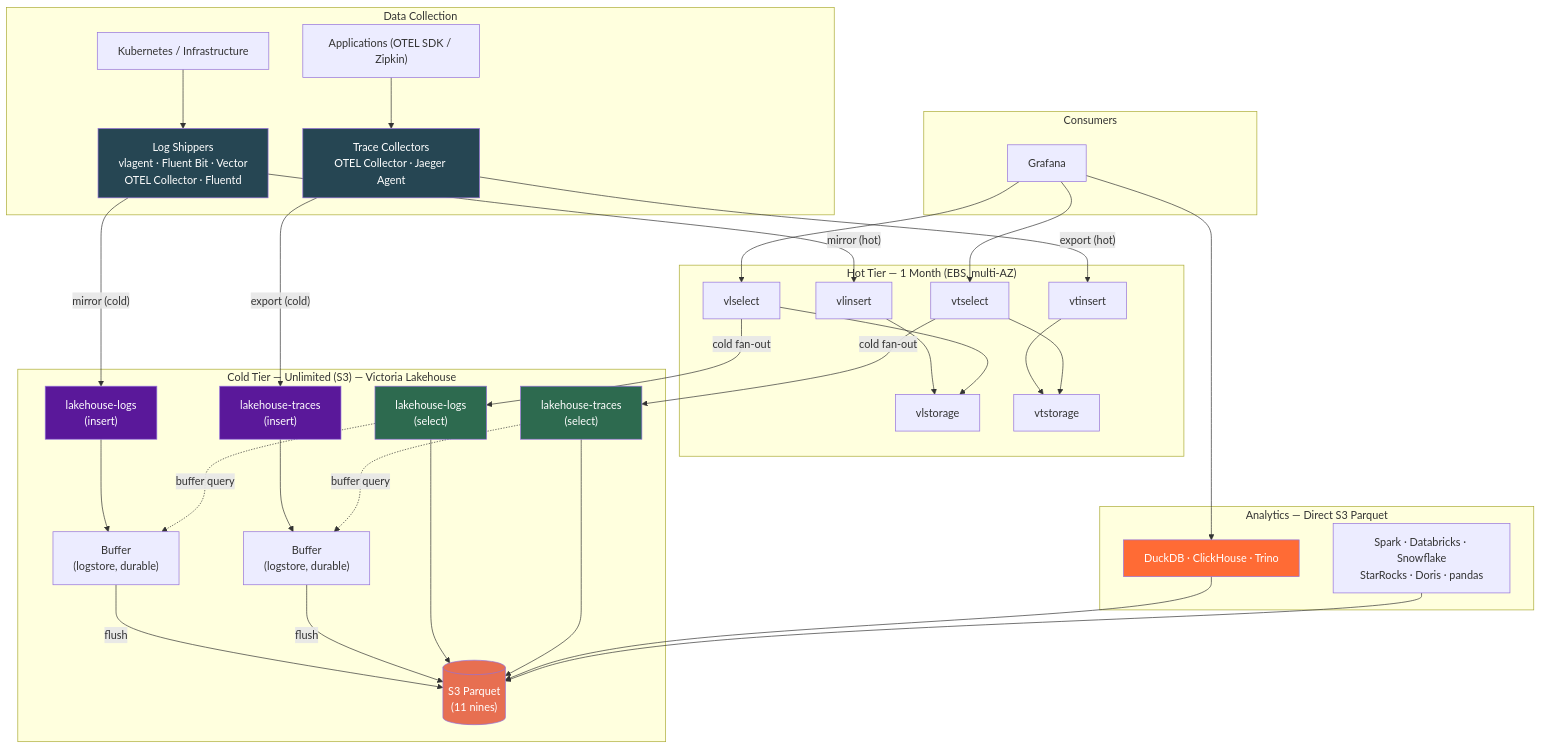
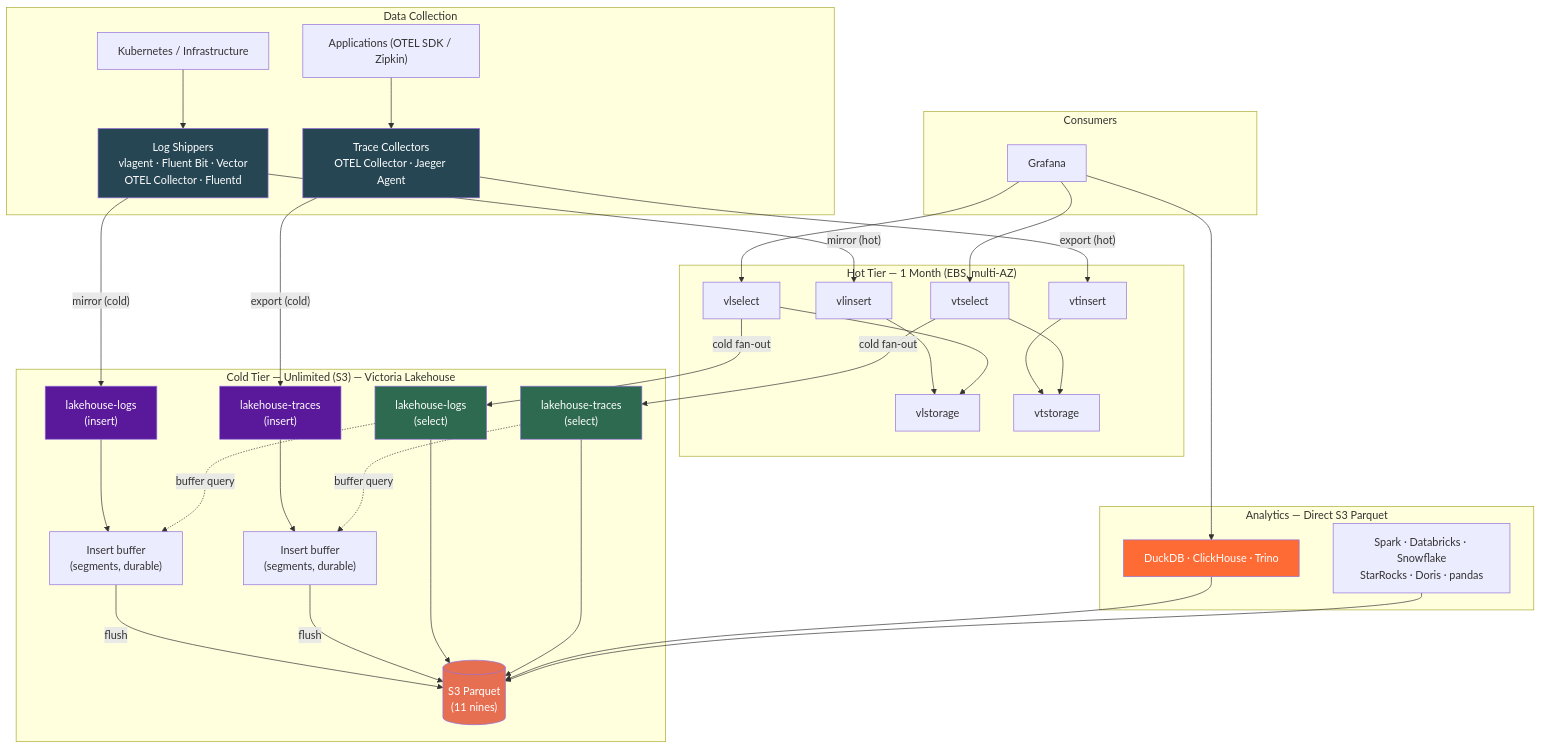
Before and after one commit to ReliablyObserve/victoria-lakehouse: the first of 10 diagrams in README.md, drawn with Mermaid. The commit also changed other lines of this file and 6 other files, not shown here.

Commit message:
conformance: re-point the durability and restart-visibility refs at the segment tests; changelog for the durable insert buffer

````diff
--- a/README.md
+++ b/README.md
@@ -286,56 +286,56 @@
 ```mermaid
 graph TB
     subgraph "Data Collection"
         K8S["Kubernetes / Infrastructure"]
         LOG["Log Shippers<br/>vlagent · Fluent Bit · Vector<br/>OTEL Collector · Fluentd"]
         APP["Applications (OTEL SDK / Zipkin)"]
         TRACE["Trace Collectors<br/>OTEL Collector · Jaeger Agent"]
         K8S --> LOG
         APP --> TRACE
     end
 
     subgraph "Hot Tier — 1 Month (EBS, multi-AZ)"
         VLI["vlinsert"] --> VLSTO["vlstorage"]
         VTI["vtinsert"] --> VTSTO["vtstorage"]
         VLSEL["vlselect"] --> VLSTO
         VTSEL["vtselect"] --> VTSTO
     end
 
     subgraph "Cold Tier — Unlimited (S3) — Victoria Lakehouse"
-        LHL["lakehouse-logs<br/>(insert)"] --> B1["Buffer<br/>(logstore, durable)"]
-        LHT["lakehouse-traces<br/>(insert)"] --> B2["Buffer<br/>(logstore, durable)"]
+        LHL["lakehouse-logs<br/>(insert)"] --> B1["Insert buffer<br/>(segments, durable)"]
+        LHT["lakehouse-traces<br/>(insert)"] --> B2["Insert buffer<br/>(segments, durable)"]
         B1 -->|flush| S3[("S3 Parquet<br/>(11 nines)")]
         B2 -->|flush| S3
         LHLS["lakehouse-logs<br/>(select)"] --> S3
         LHTS["lakehouse-traces<br/>(select)"] --> S3
         LHLS -.->|buffer query| B1
         LHTS -.->|buffer query| B2
     end
 
     LOG -->|"mirror (hot)"| VLI
     LOG -->|"mirror (cold)"| LHL
     TRACE -->|"export (hot)"| VTI
     TRACE -->|"export (cold)"| LHT
 
     subgraph "Consumers"
         GF["Grafana"] --> VLSEL
         GF --> VTSEL
         VLSEL -->|cold fan-out| LHLS
         VTSEL -->|cold fan-out| LHTS
     end
 
     subgraph "Analytics — Direct S3 Parquet"
         GF --> DDB["DuckDB · ClickHouse · Trino"]
         DDB --> S3
         TRI["Spark · Databricks · Snowflake<br/>StarRocks · Doris · pandas"] --> S3
     end
 
     style S3 fill:#e76f51,color:#fff
     style LHL fill:#5a189a,color:#fff
     style LHT fill:#5a189a,color:#fff
     style LHLS fill:#2d6a4f,color:#fff
     style LHTS fill:#2d6a4f,color:#fff
     style LOG fill:#264653,color:#fff
     style TRACE fill:#264653,color:#fff
     style DDB fill:#ff6b35,color:#fff
 ```
````
